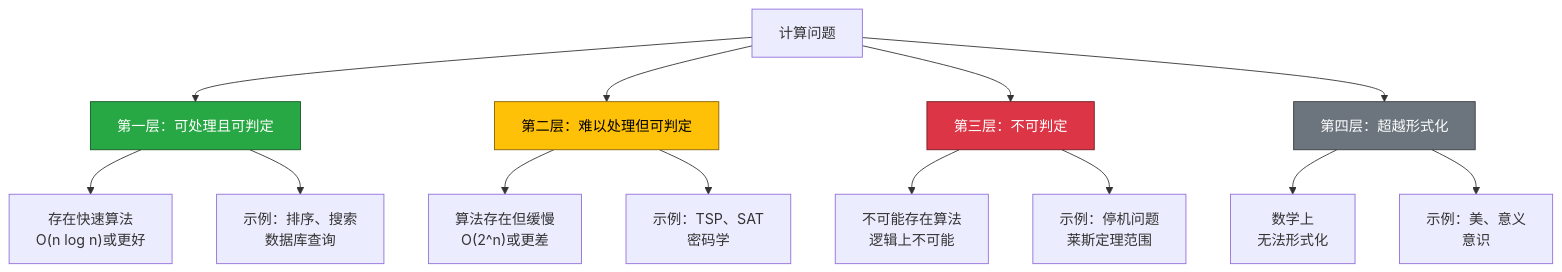
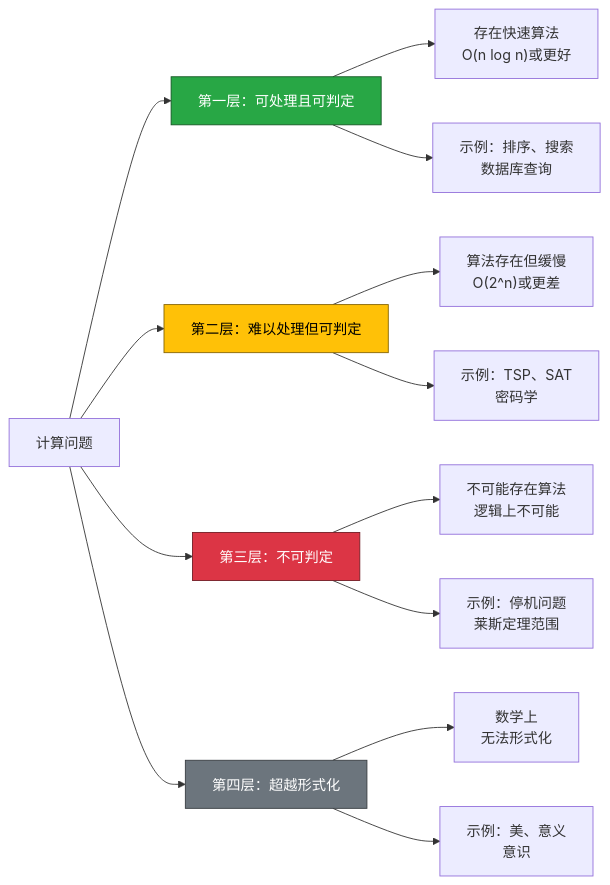
Before and after one commit to tikazyq/marvinzhang.dev: the second of 3 diagrams in i18n/zh/docusaurus-plugin-content-blog/2025-10-04-fundamental-limits-in-computing.mdx, drawn with Mermaid. The commit also changed other lines of this file and 1 other file, not shown here.

Commit message:
Fix Mermaid quadrantChart labels for clarity in English and Chinese versions

````diff
--- a/i18n/zh/docusaurus-plugin-content-blog/2025-10-04-fundamental-limits-in-computing.mdx
+++ b/i18n/zh/docusaurus-plugin-content-blog/2025-10-04-fundamental-limits-in-computing.mdx
@@ -195,24 +195,24 @@
 ```mermaid
-flowchart TB
+flowchart LR
     A[计算问题] --> B[第一层：可处理且可判定]
     A --> C[第二层：难以处理但可判定]
     A --> D[第三层：不可判定]
     A --> E[第四层：超越形式化]
     
     B --> B1["存在快速算法<br/>O(n log n)或更好"]
     B --> B2["示例：排序、搜索<br/>数据库查询"]
     
     C --> C1["算法存在但缓慢<br/>O(2^n)或更差"]
     C --> C2["示例：TSP、SAT<br/>密码学"]
     
     D --> D1["不可能存在算法<br/>逻辑上不可能"]
     D --> D2["示例：停机问题<br/>莱斯定理范围"]
     
     E --> E1["数学上<br/>无法形式化"]
     E --> E2["示例：美、意义<br/>意识"]
     
     style B fill:#28a745,stroke:#155724,color:#fff
     style C fill:#ffc107,stroke:#856404,color:#000
     style D fill:#dc3545,stroke:#721c24,color:#fff
     style E fill:#6c757d,stroke:#383d41,color:#fff
 ```
````
